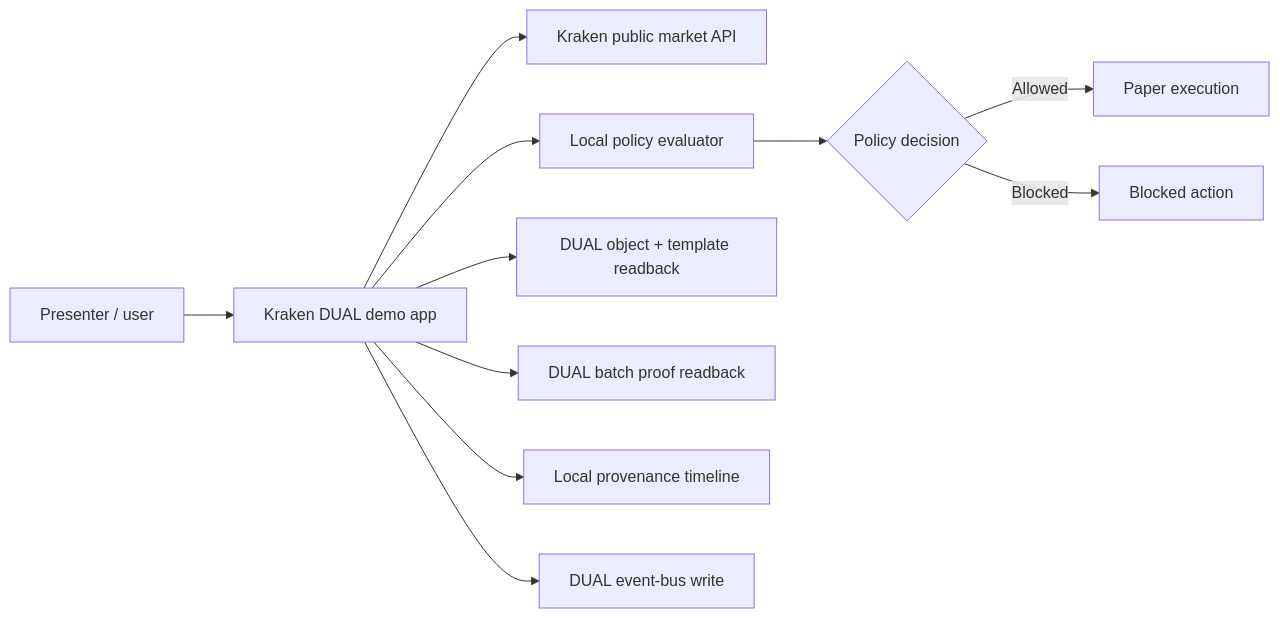
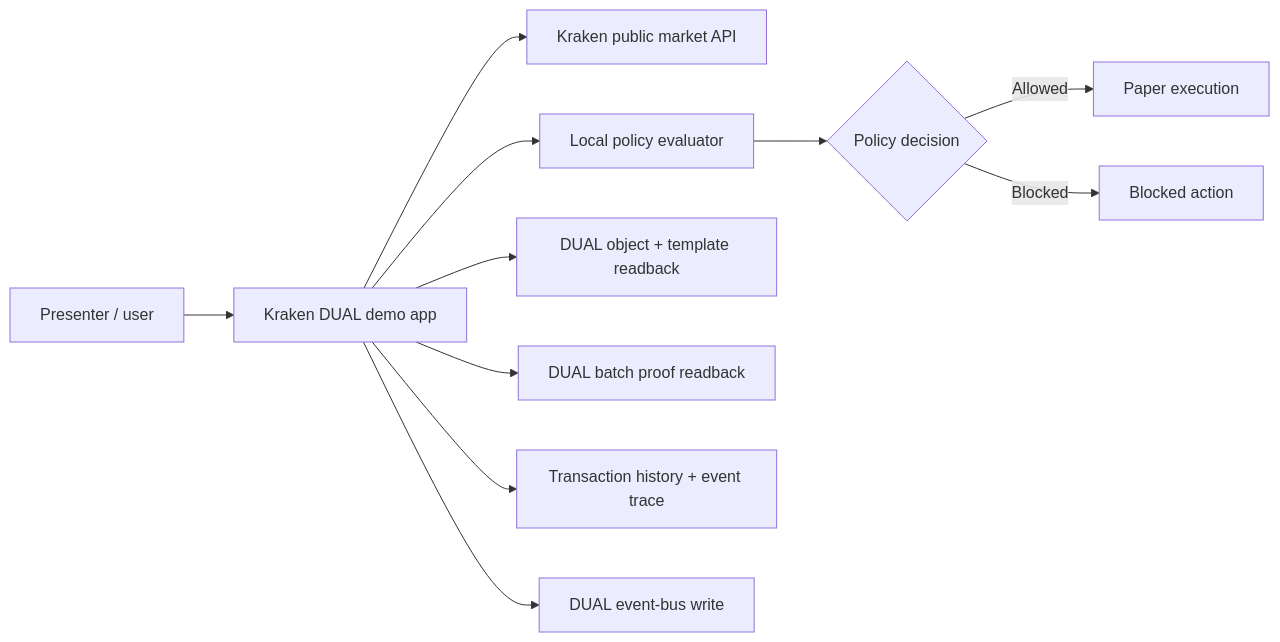
The diagram in docs/kraken-dual-demo-playbook.md (DualOrg/kraken-dual-agent-demo), drawn with Mermaid before and after one commit. The commit also changed other lines of this file and 4 other files, not shown here.

````diff
--- a/docs/kraken-dual-demo-playbook.md
+++ b/docs/kraken-dual-demo-playbook.md
@@ -60,13 +60,13 @@
 ```mermaid
 flowchart LR
   User["Presenter / user"] --> App["Kraken DUAL demo app"]
   App --> Kraken["Kraken public market API"]
   App --> Policy["Local policy evaluator"]
   Policy --> Decision{"Policy decision"}
   Decision -->|Allowed| Paper["Paper execution"]
   Decision -->|Blocked| Block["Blocked action"]
   App --> DualRead["DUAL object + template readback"]
   App --> DualBatch["DUAL batch proof readback"]
-  App --> Audit["Local provenance timeline"]
+  App --> History["Transaction history + event trace"]
   App --> EventBus["DUAL event-bus write"]
 ```
````
